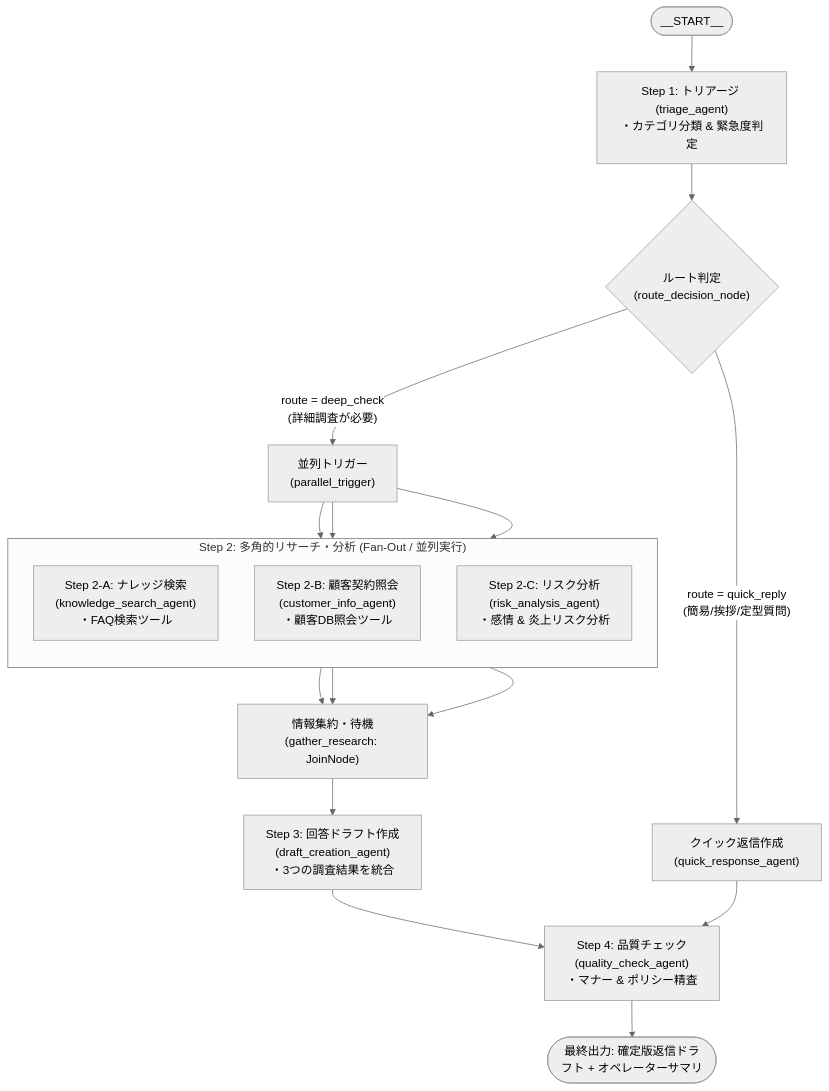
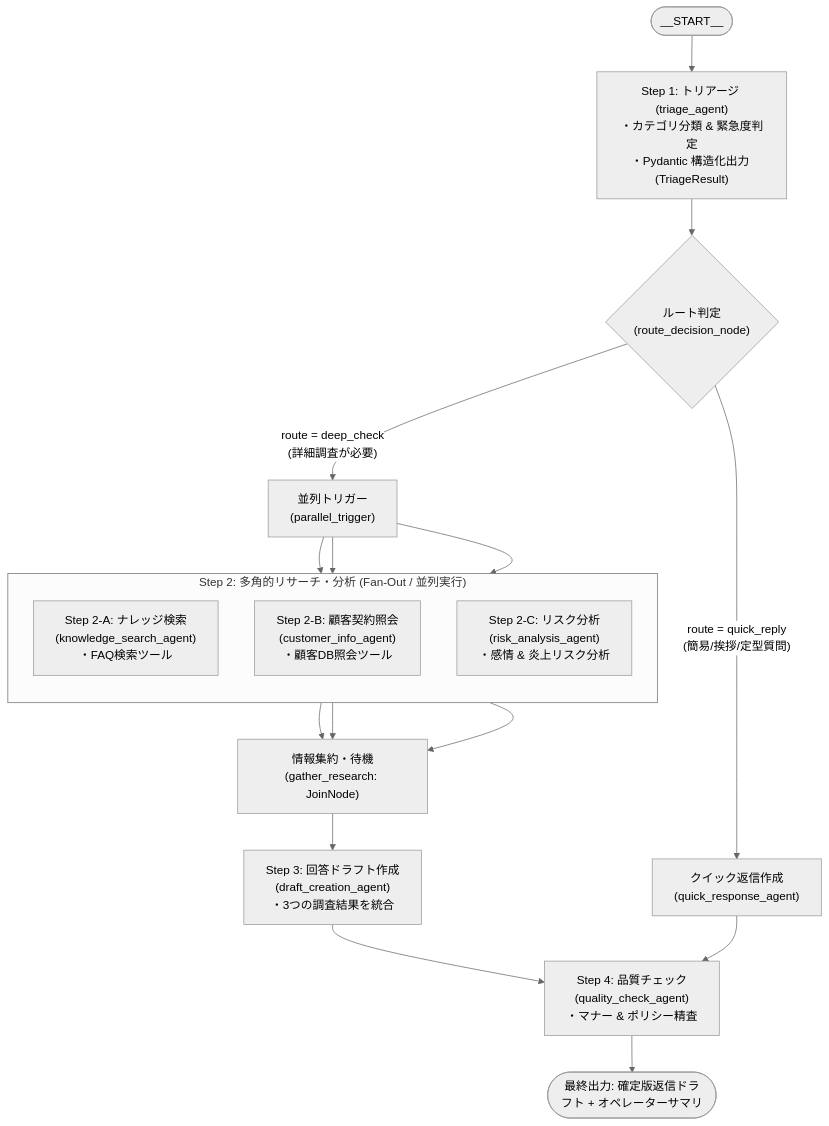
The diagram in README.md (G-gen-Tech-Blog/adk-hackason), drawn with Mermaid (neutral theme) before and after one commit. The commit also changed 7 other files, not shown here.

Commit message:
Pydantic により triage_agent の返答の型を指定

````diff
--- a/README.md
+++ b/README.md
@@ -12,34 +12,34 @@
 ```mermaid
 flowchart TD
-    Start(["__START__"]) --> Step1["Step 1: トリアージ (triage_agent)<br/>・カテゴリ分類 & 緊急度判定"]
+    Start(["__START__"]) --> Step1["Step 1: トリアージ (triage_agent)<br/>・カテゴリ分類 & 緊急度判定<br/>・Pydantic 構造化出力 (TriageResult)"]
     Step1 --> RouteNode{"ルート判定<br/>(route_decision_node)"}
 
     %% (A) 条件分岐
     RouteNode -- "route = deep_check<br/>(詳細調査が必要)" --> ParallelTrigger["並列トリガー<br/>(parallel_trigger)"]
     RouteNode -- "route = quick_reply<br/>(簡易/挨拶/定型質問)" --> QuickReply["クイック返信作成<br/>(quick_response_agent)"]
 
     %% (B) Fan-Out（並列実行）
     subgraph ParallelProcessing ["Step 2: 多角的リサーチ・分析 (Fan-Out / 並列実行)"]
         direction TB
         Step2A["Step 2-A: ナレッジ検索<br/>(knowledge_search_agent)<br/>・FAQ検索ツール"]
         Step2B["Step 2-B: 顧客契約照会<br/>(customer_info_agent)<br/>・顧客DB照会ツール"]
         Step2C["Step 2-C: リスク分析<br/>(risk_analysis_agent)<br/>・感情 & 炎上リスク分析"]
     end
 
     ParallelTrigger --> Step2A
     ParallelTrigger --> Step2B
     ParallelTrigger --> Step2C
 
     %% (C) Fan-In（同期・集約）
     Step2A --> GatherNode["情報集約・待機<br/>(gather_research: JoinNode)"]
     Step2B --> GatherNode
     Step2C --> GatherNode
 
     GatherNode --> Step3["Step 3: 回答ドラフト作成<br/>(draft_creation_agent)<br/>・3つの調査結果を統合"]
 
     %% (D) 品質チェック
     Step3 --> Step4["Step 4: 品質チェック<br/>(quality_check_agent)<br/>・マナー & ポリシー精査"]
     QuickReply --> Step4
 
     Step4 --> Output(["最終出力: 確定版返信ドラフト + オペレーターサマリ"])
 ```
````
